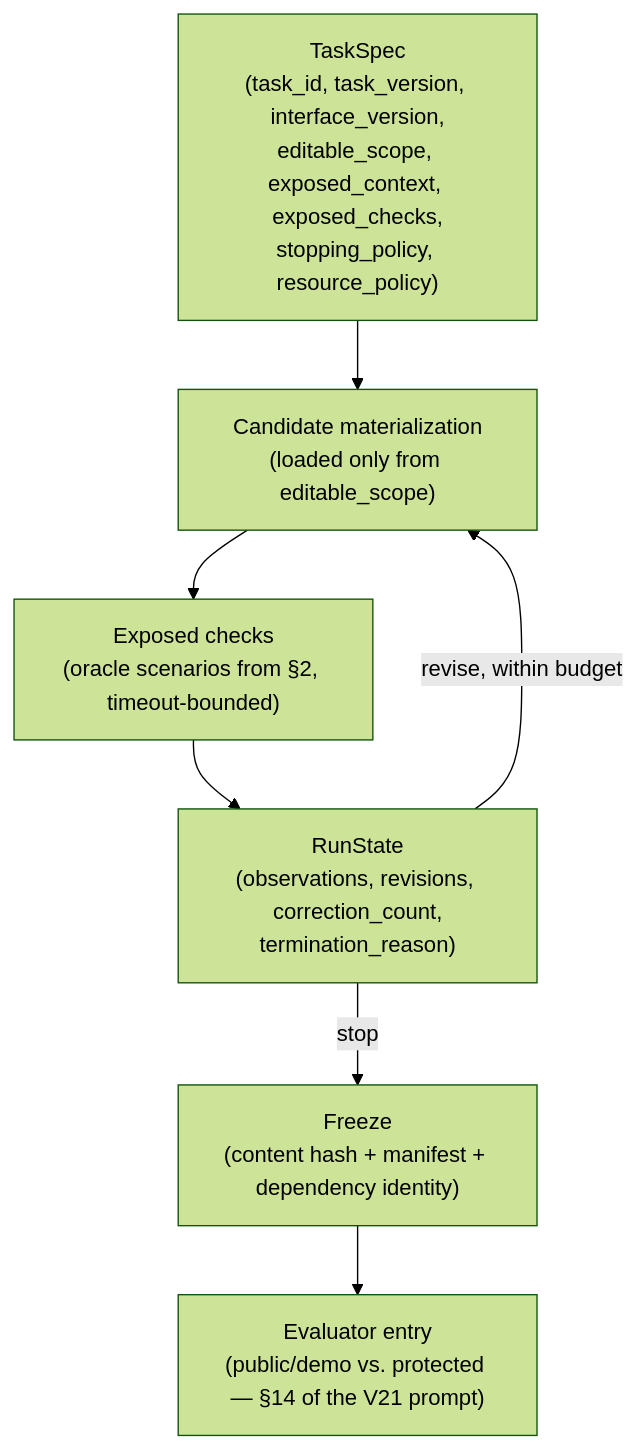
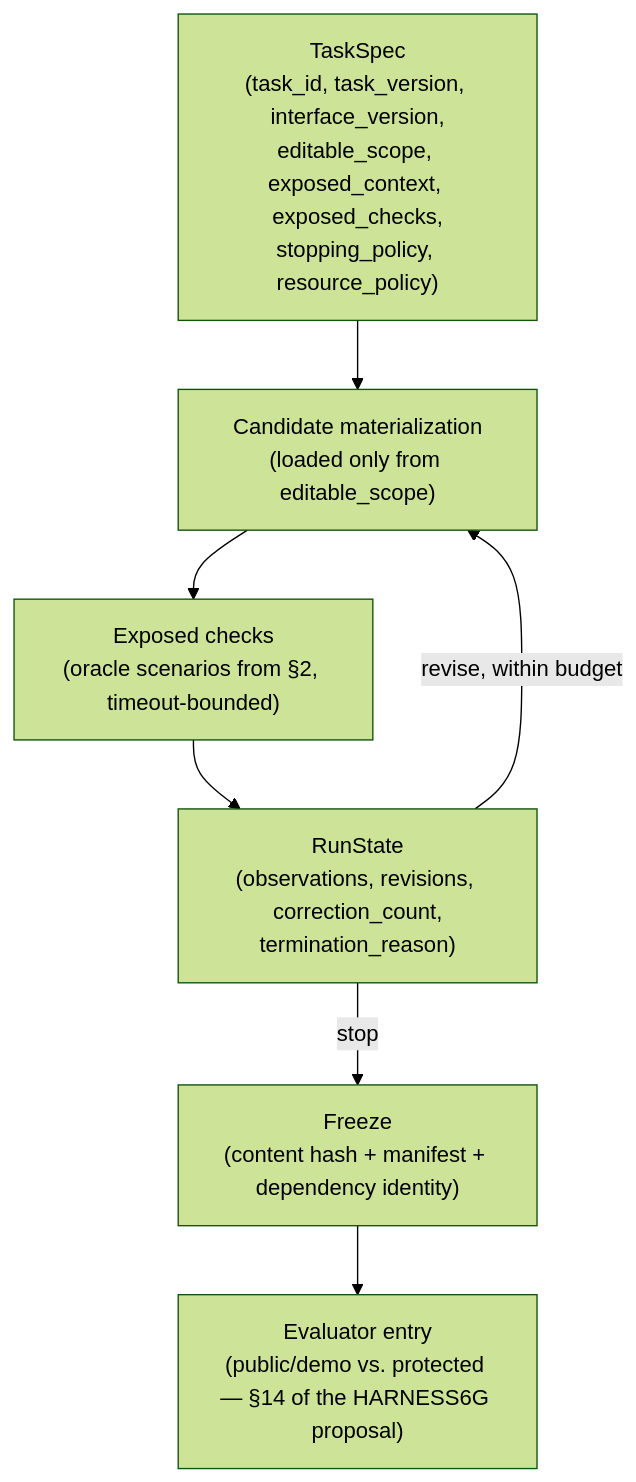
Before and after one commit to alexisleal77/radio-scheduler: the third of 3 diagrams in docs/design.md, drawn with Mermaid (forest theme). The commit also changed other lines of this file and 19 other files, not shown here.

First line of the commit message:
docs: decouple documentation from the HARNESS6G proposal's version number

````diff
--- a/docs/design.md
+++ b/docs/design.md
@@ -66,13 +66,13 @@
 ```mermaid
 flowchart TD
     TS["TaskSpec\n(task_id, task_version, interface_version,\neditable_scope, exposed_context, exposed_checks,\nstopping_policy, resource_policy)"]
     CAND["Candidate materialization\n(loaded only from editable_scope)"]
     CHK["Exposed checks\n(oracle scenarios from §2, timeout-bounded)"]
     OBS["RunState\n(observations, revisions, correction_count,\ntermination_reason)"]
     FRZ["Freeze\n(content hash + manifest + dependency identity)"]
-    EVAL["Evaluator entry\n(public/demo vs. protected — §14 of the V21 prompt)"]
+    EVAL["Evaluator entry\n(public/demo vs. protected — §14 of the HARNESS6G proposal)"]
 
     TS --> CAND --> CHK --> OBS
     OBS -->|revise, within budget| CAND
     OBS -->|stop| FRZ --> EVAL
 ```
````
